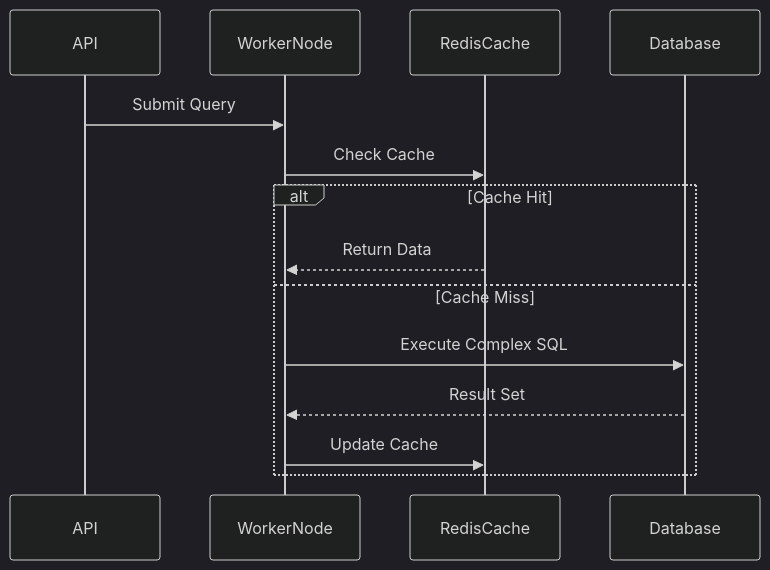
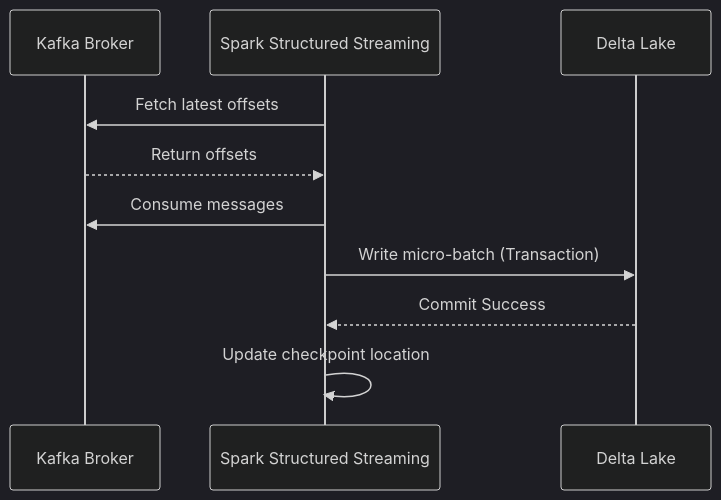
Before and after one commit to j4flmao/agent-skills: the diagram in skills/data/data-distributed-compute/references/integration_guide.md, drawn with Mermaid (dark theme). The commit also changed other lines of this file and 85 other files, not shown here.

````diff
--- a/skills/data/data-distributed-compute/references/integration_guide.md
+++ b/skills/data/data-distributed-compute/references/integration_guide.md
@@ -50,17 +41,12 @@
 ```mermaid
 sequenceDiagram
-    participant API
-    participant WorkerNode
-    participant RedisCache
-    participant Database
-    
-    API->>WorkerNode: Submit Query
-    WorkerNode->>RedisCache: Check Cache
-    alt Cache Hit
-        RedisCache-->>WorkerNode: Return Data
-    else Cache Miss
-        WorkerNode->>Database: Execute Complex SQL
-        Database-->>WorkerNode: Result Set
-        WorkerNode->>RedisCache: Update Cache
-    end
+    participant K as Kafka Broker
+    participant S as Spark Structured Streaming
+    participant D as Delta Lake
+    S->>K: Fetch latest offsets
+    K-->>S: Return offsets
+    S->>K: Consume messages
+    S->>D: Write micro-batch (Transaction)
+    D-->>S: Commit Success
+    S->>S: Update checkpoint location
 ```
````
